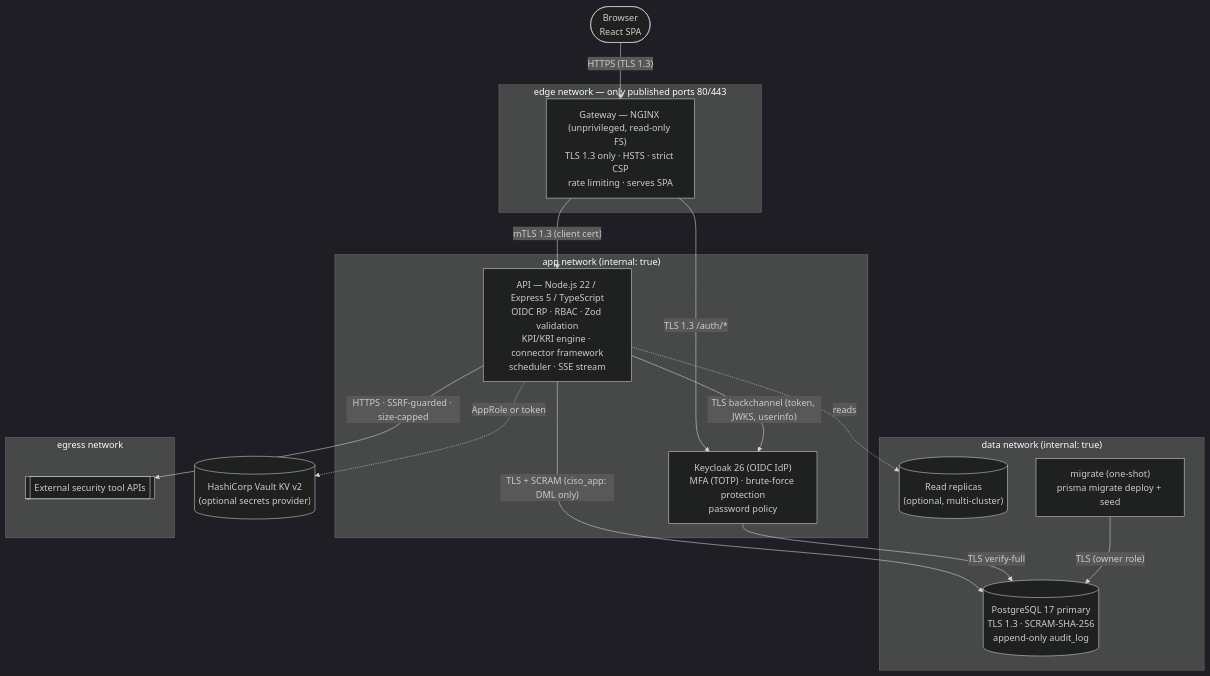
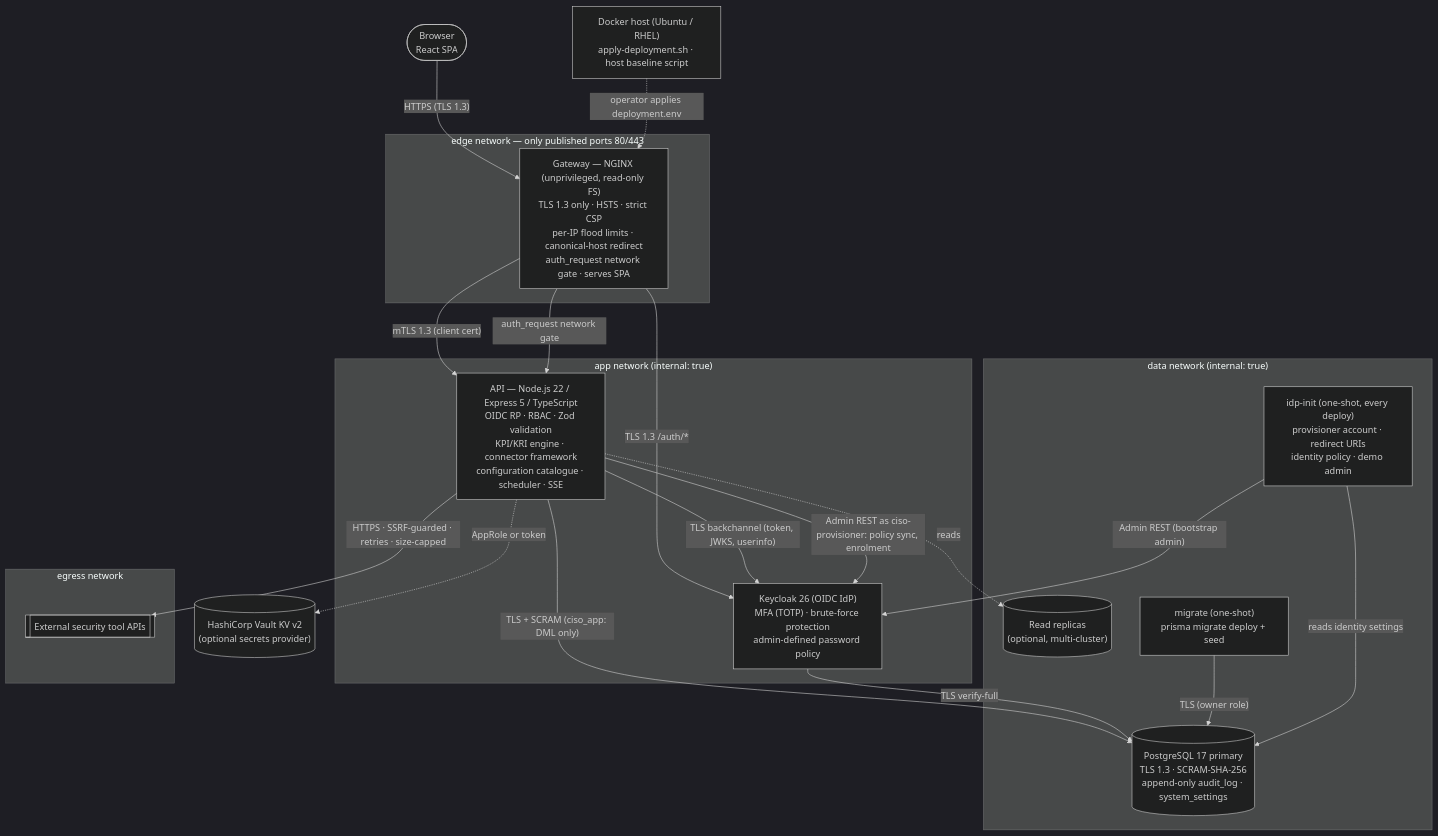
Before and after one commit to subas-007/CISO_DASHBOARD: the second of 4 diagrams in docs/ARCHITECTURE.md, drawn with Mermaid (dark theme). The commit also changed other lines of this file and 99 other files, not shown here.

````diff
--- a/docs/ARCHITECTURE.md
+++ b/docs/ARCHITECTURE.md
@@ -40,36 +40,43 @@
 ```mermaid
 flowchart TB
     Browser([Browser<br/>React SPA])
 
     subgraph EDGE["edge network — only published ports 80/443"]
-        GW["Gateway — NGINX (unprivileged, read-only FS)<br/>TLS 1.3 only · HSTS · strict CSP<br/>rate limiting · serves SPA"]
+        GW["Gateway — NGINX (unprivileged, read-only FS)<br/>TLS 1.3 only · HSTS · strict CSP<br/>per-IP flood limits · canonical-host redirect<br/>auth_request network gate · serves SPA"]
     end
 
     subgraph APPNET["app network (internal: true)"]
-        API["API — Node.js 22 / Express 5 / TypeScript<br/>OIDC RP · RBAC · Zod validation<br/>KPI/KRI engine · connector framework<br/>scheduler · SSE stream"]
-        KC["Keycloak 26 (OIDC IdP)<br/>MFA (TOTP) · brute-force protection<br/>password policy"]
+        API["API — Node.js 22 / Express 5 / TypeScript<br/>OIDC RP · RBAC · Zod validation<br/>KPI/KRI engine · connector framework<br/>configuration catalogue · scheduler · SSE"]
+        KC["Keycloak 26 (OIDC IdP)<br/>MFA (TOTP) · brute-force protection<br/>admin-defined password policy"]
     end
 
     subgraph DATANET["data network (internal: true)"]
-        PG[("PostgreSQL 17 primary<br/>TLS 1.3 · SCRAM-SHA-256<br/>append-only audit_log")]
+        PG[("PostgreSQL 17 primary<br/>TLS 1.3 · SCRAM-SHA-256<br/>append-only audit_log · system_settings")]
         PGR[("Read replicas<br/>(optional, multi-cluster)")]
         MIG["migrate (one-shot)<br/>prisma migrate deploy + seed"]
+        IDPI["idp-init (one-shot, every deploy)<br/>provisioner account · redirect URIs<br/>identity policy · demo admin"]
     end
 
     subgraph EGRESS["egress network"]
         EXT[[External security tool APIs]]
     end
 
     VAULT[("HashiCorp Vault KV v2<br/>(optional secrets provider)")]
+    HOST["Docker host (Ubuntu / RHEL)<br/>apply-deployment.sh · host baseline script"]
 
     Browser -- "HTTPS (TLS 1.3)" --> GW
     GW -- "mTLS 1.3 (client cert)" --> API
+    GW -- "auth_request network gate" --> API
     GW -- "TLS 1.3 /auth/*" --> KC
     API -- "TLS backchannel (token, JWKS, userinfo)" --> KC
+    API -- "Admin REST as ciso-provisioner: policy sync, enrolment" --> KC
     API -- "TLS + SCRAM (ciso_app: DML only)" --> PG
     API -.->|reads| PGR
     KC -- "TLS verify-full" --> PG
     MIG -- "TLS (owner role)" --> PG
-    API -- "HTTPS · SSRF-guarded · size-capped" --> EXT
+    IDPI -- "Admin REST (bootstrap admin)" --> KC
+    IDPI -- "reads identity settings" --> PG
+    API -- "HTTPS · SSRF-guarded · retries · size-capped" --> EXT
     API -.->|AppRole or token| VAULT
+    HOST -.->|operator applies deployment.env| GW
 ```
````
